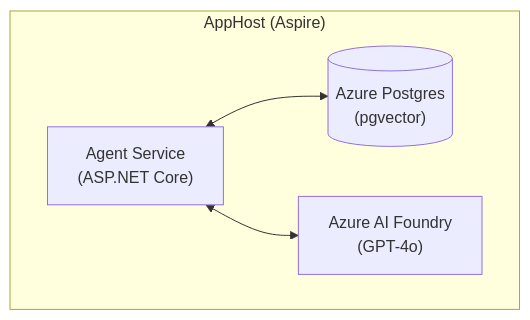
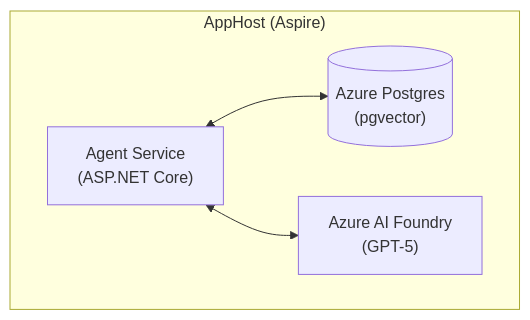
Before and after one commit to seiggy/agent-unit-testing: the diagram in README.md, drawn with Mermaid. The commit also changed 8 other files, not shown here.

````diff
--- a/README.md
+++ b/README.md
@@ -19,12 +19,12 @@
 ```mermaid
 flowchart TB
     subgraph AppHost["AppHost (Aspire)"]
         direction LR
         Agent["Agent Service<br/>(ASP.NET Core)"]
         Postgres[("Azure Postgres<br/>(pgvector)")]
-        Foundry["Azure AI Foundry<br/>(GPT-4o)"]
+        Foundry["Azure AI Foundry<br/>(GPT-5)"]
         
         Agent <--> Postgres
         Agent <--> Foundry
     end
 ```
````
